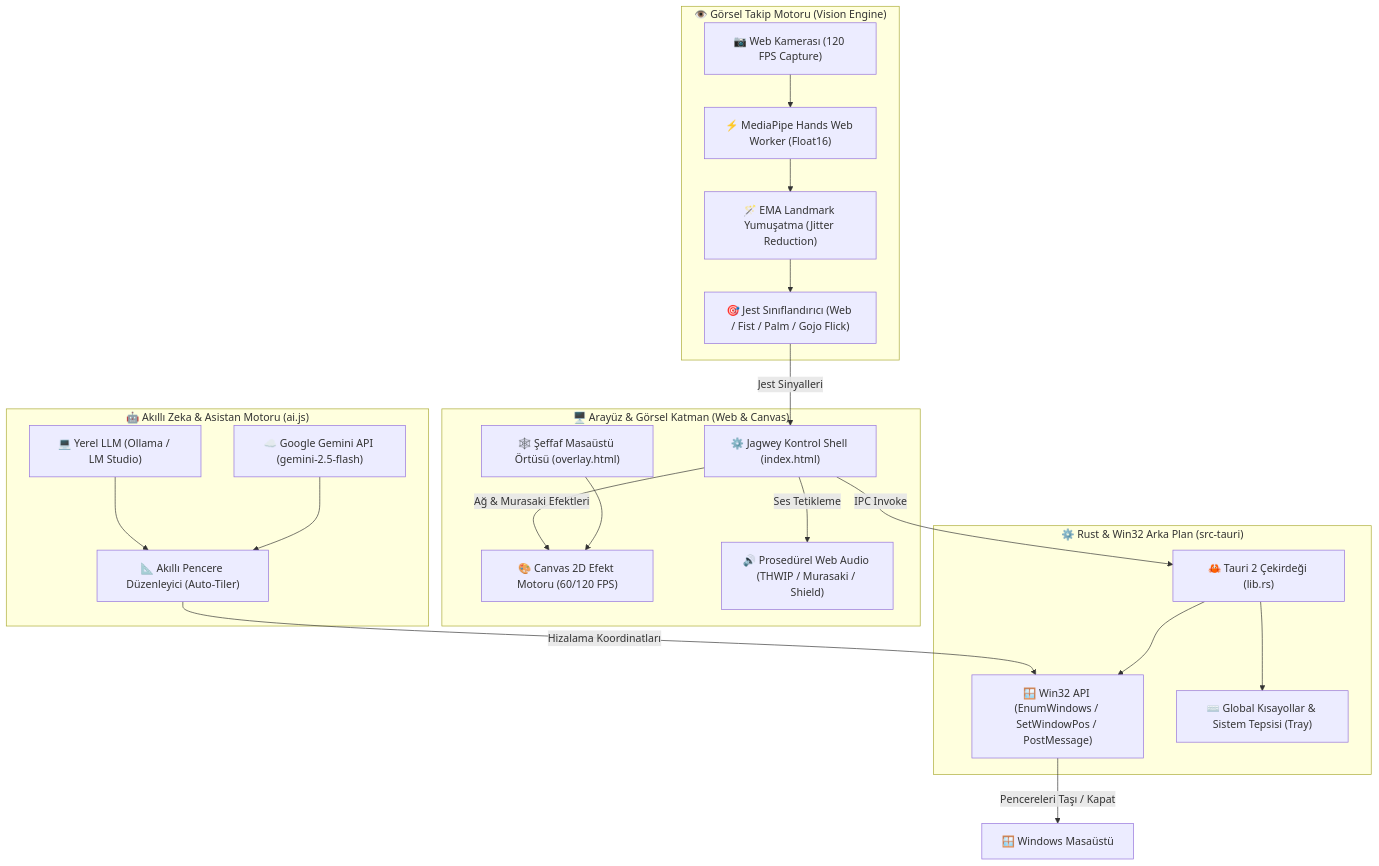
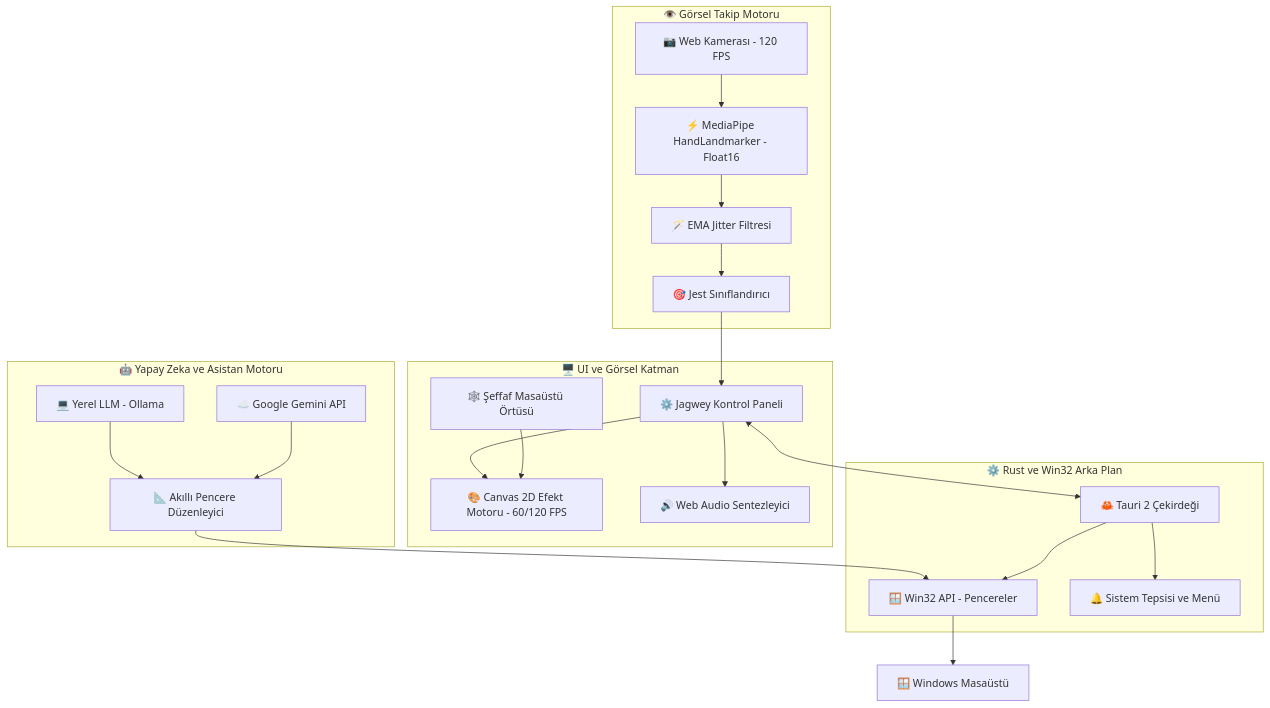
Before and after one commit to jagwey/web-shooter: the first of 2 diagrams in README.md, drawn with Mermaid. The commit also changed other lines of this file and 1 other file, not shown here.

Commit message:
docs(readme): fix github mermaid renders, remove raw ampersands, add all new feature docs

````diff
--- a/README.md
+++ b/README.md
@@ -26,41 +26,41 @@
 ```mermaid
 flowchart TD
-    subgraph UI_Katmani["🖥️ Arayüz & Görsel Katman (Web & Canvas)"]
-        Overlay["🕸️ Şeffaf Masaüstü Örtüsü (overlay.html)"]
-        Canvas["🎨 Canvas 2D Efekt Motoru (60/120 FPS)"]
-        Control["⚙️ Jagwey Kontrol Shell (index.html)"]
-        Audio["🔊 Prosedürel Web Audio (THWIP / Murasaki / Shield)"]
+    subgraph UI["🖥️ UI ve Görsel Katman"]
+        Overlay["🕸️ Şeffaf Masaüstü Örtüsü"]
+        Canvas["🎨 Canvas 2D Efekt Motoru - 60/120 FPS"]
+        Control["⚙️ Jagwey Kontrol Paneli"]
+        Audio["🔊 Web Audio Sentezleyici"]
         Overlay --> Canvas
     end
 
-    subgraph AI_Katmani["🤖 Akıllı Zeka & Asistan Motoru (ai.js)"]
-        Gemini["☁️ Google Gemini API (gemini-2.5-flash)"]
-        Ollama["💻 Yerel LLM (Ollama / LM Studio)"]
-        Tiler["📐 Akıllı Pencere Düzenleyici (Auto-Tiler)"]
+    subgraph AI["🤖 Yapay Zeka ve Asistan Motoru"]
+        Gemini["☁️ Google Gemini API"]
+        Ollama["💻 Yerel LLM - Ollama"]
+        Tiler["📐 Akıllı Pencere Düzenleyici"]
         Gemini --> Tiler
         Ollama --> Tiler
     end
 
-    subgraph Vision_Katmani["👁️ Görsel Takip Motoru (Vision Engine)"]
-        Webcam["📷 Web Kamerası (120 FPS Capture)"]
-        Worker["⚡ MediaPipe Hands Web Worker (Float16)"]
-        Filter["🪄 EMA Landmark Yumuşatma (Jitter Reduction)"]
-        Classifier["🎯 Jest Sınıflandırıcı (Web / Fist / Palm / Gojo Flick)"]
-        Webcam --> Worker --> Filter --> Classifier
+    subgraph Vision["👁️ Görsel Takip Motoru"]
+        Webcam["📷 Web Kamerası - 120 FPS"]
+        Landmarker["⚡ MediaPipe HandLandmarker - Float16"]
+        Filter["🪄 EMA Jitter Filtresi"]
+        Classifier["🎯 Jest Sınıflandırıcı"]
+        Webcam --> Landmarker --> Filter --> Classifier
     end
 
-    subgraph Native_Katmani["⚙️ Rust & Win32 Arka Plan (src-tauri)"]
-        Core["🦀 Tauri 2 Çekirdeği (lib.rs)"]
-        Win32["🪟 Win32 API (EnumWindows / SetWindowPos / PostMessage)"]
-        Hooks["⌨️ Global Kısayollar & Sistem Tepsisi (Tray)"]
+    subgraph Native["⚙️ Rust ve Win32 Arka Plan"]
+        Core["🦀 Tauri 2 Çekirdeği"]
+        Win32["🪟 Win32 API - Pencereler"]
+        Tray["🔔 Sistem Tepsisi ve Menü"]
         Core --> Win32
-        Core --> Hooks
+        Core --> Tray
     end
 
-    Classifier -->|Jest Sinyalleri| Control
-    Control -->|Ağ & Murasaki Efektleri| Canvas
-    Control -->|Ses Tetikleme| Audio
-    Control -->|IPC Invoke| Core
-    Tiler -->|Hizalama Koordinatları| Win32
-    Win32 -->|Pencereleri Taşı / Kapat| OS["🪟 Windows Masaüstü"]
+    Classifier --> Control
+    Control --> Canvas
+    Control --> Audio
+    Control <--> Core
+    Tiler --> Win32
+    Win32 --> OS["🪟 Windows Masaüstü"]
 ```
````
